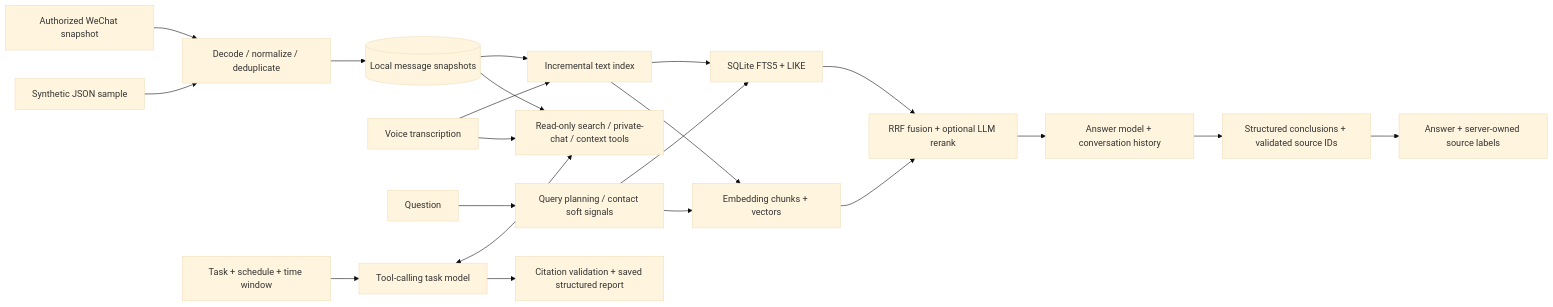
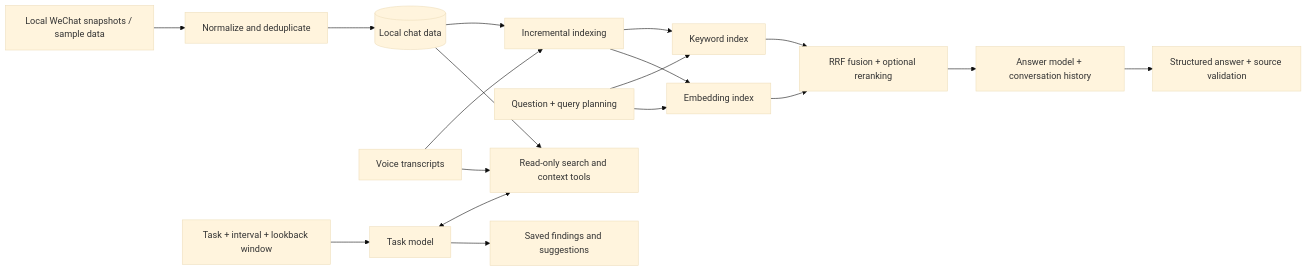
One commit to Fongkai777/wechat-agent changed the diagram in README.md. Above: the diagram before and after it, drawn with Mermaid (base theme). The commit also changed other lines of this file and 1 other file, not shown here.

````diff
--- a/README.md
+++ b/README.md
@@ -28,23 +69,20 @@
 ```mermaid
 flowchart LR
-    A[Authorized WeChat snapshot] --> B[Decode / normalize / deduplicate]
-    S[Synthetic JSON sample] --> B
-    B --> D[(Local message snapshots)]
-    V[Voice transcription] --> I[Incremental text index]
-    D --> I
-    I --> F[SQLite FTS5 + LIKE]
-    I --> E[Embedding chunks + vectors]
-    Q[Question] --> P[Query planning / contact soft signals]
-    P --> F
-    P --> E
-    F --> R[RRF fusion + optional LLM rerank]
+    A[Local WeChat snapshots / sample data] --> B[Normalize and deduplicate]
+    B --> C[(Local chat data)]
+    V[Voice transcripts] --> I[Incremental indexing]
+    C --> I
+    I --> K[Keyword index]
+    I --> E[Embedding index]
+    Q[Question + query planning] --> K
+    Q --> E
+    K --> R[RRF fusion + optional reranking]
     E --> R
     R --> G[Answer model + conversation history]
-    G --> K[Structured conclusions + validated source IDs]
-    K --> U[Answer + server-owned source labels]
-    D --> T[Read-only search / private-chat / context tools]
-    V --> T
-    C[Task + schedule + time window] --> H[Tool-calling task model]
-    H <--> T
-    H --> J[Citation validation + saved structured report]
+    G --> O[Structured answer + source validation]
+    T[Task + interval + lookback window] --> H[Task model]
+    H <--> S[Read-only search and context tools]
+    C --> S
+    V --> S
+    H --> P[Saved findings and suggestions]
 ```
````
